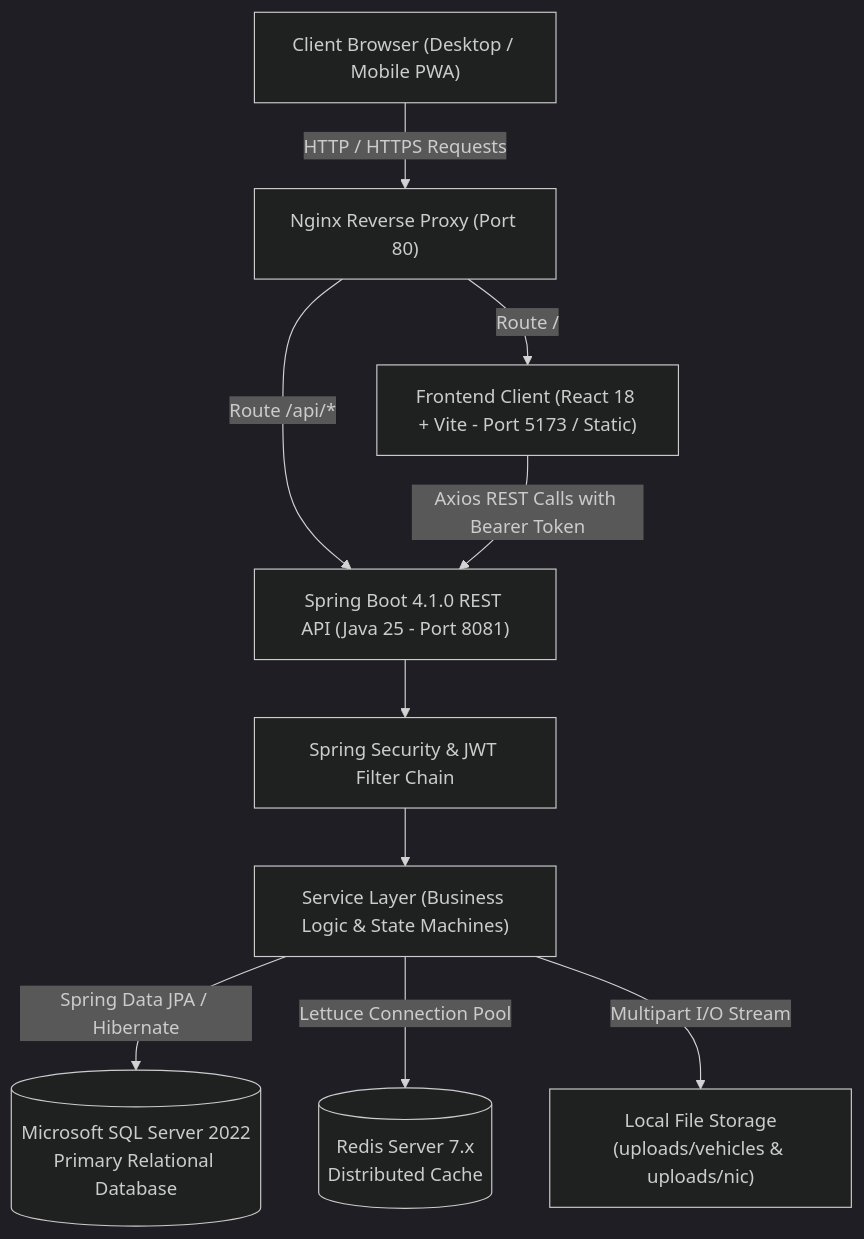
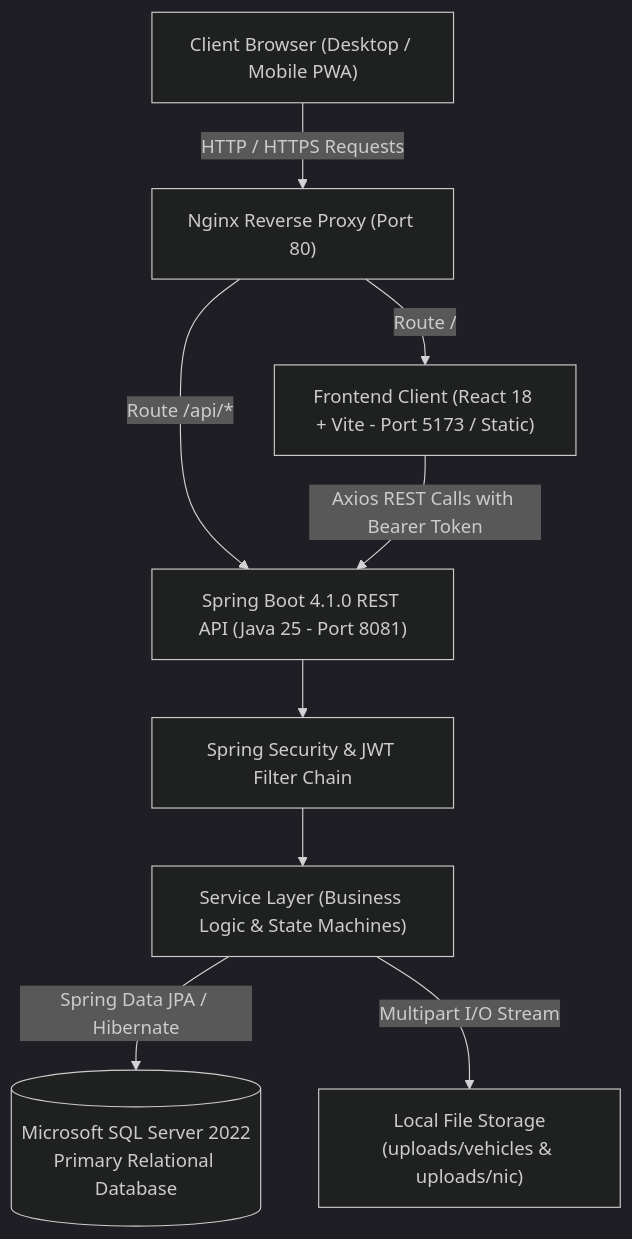
Before and after one commit to IT25100066/RentEaseLanka: the first of 4 diagrams in README.md, drawn with Mermaid (dark theme). The commit also changed other lines of this file and 220 other files, not shown here.

````diff
--- a/README.md
+++ b/README.md
@@ -186,22 +186,20 @@
 ```mermaid
 graph TD
     Client["Client Browser (Desktop / Mobile PWA)"]
     Nginx["Nginx Reverse Proxy (Port 80)"]
     Frontend["Frontend Client (React 18 + Vite - Port 5173 / Static)"]
     Backend["Spring Boot 4.1.0 REST API (Java 25 - Port 8081)"]
     Security["Spring Security & JWT Filter Chain"]
     ServiceLayer["Service Layer (Business Logic & State Machines)"]
     SQLServer[("Microsoft SQL Server 2022<br/>Primary Relational Database")]
-    RedisCache[("Redis Server 7.x<br/>Distributed Cache")]
     FileStore["Local File Storage<br/>(uploads/vehicles & uploads/nic)"]
 
     Client -->|HTTP / HTTPS Requests| Nginx
     Nginx -->|Route /| Frontend
     Nginx -->|Route /api/*| Backend
     Frontend -->|Axios REST Calls with Bearer Token| Backend
     Backend --> Security
     Security --> ServiceLayer
     ServiceLayer -->|Spring Data JPA / Hibernate| SQLServer
-    ServiceLayer -->|Lettuce Connection Pool| RedisCache
     ServiceLayer -->|Multipart I/O Stream| FileStore
 ```
````
